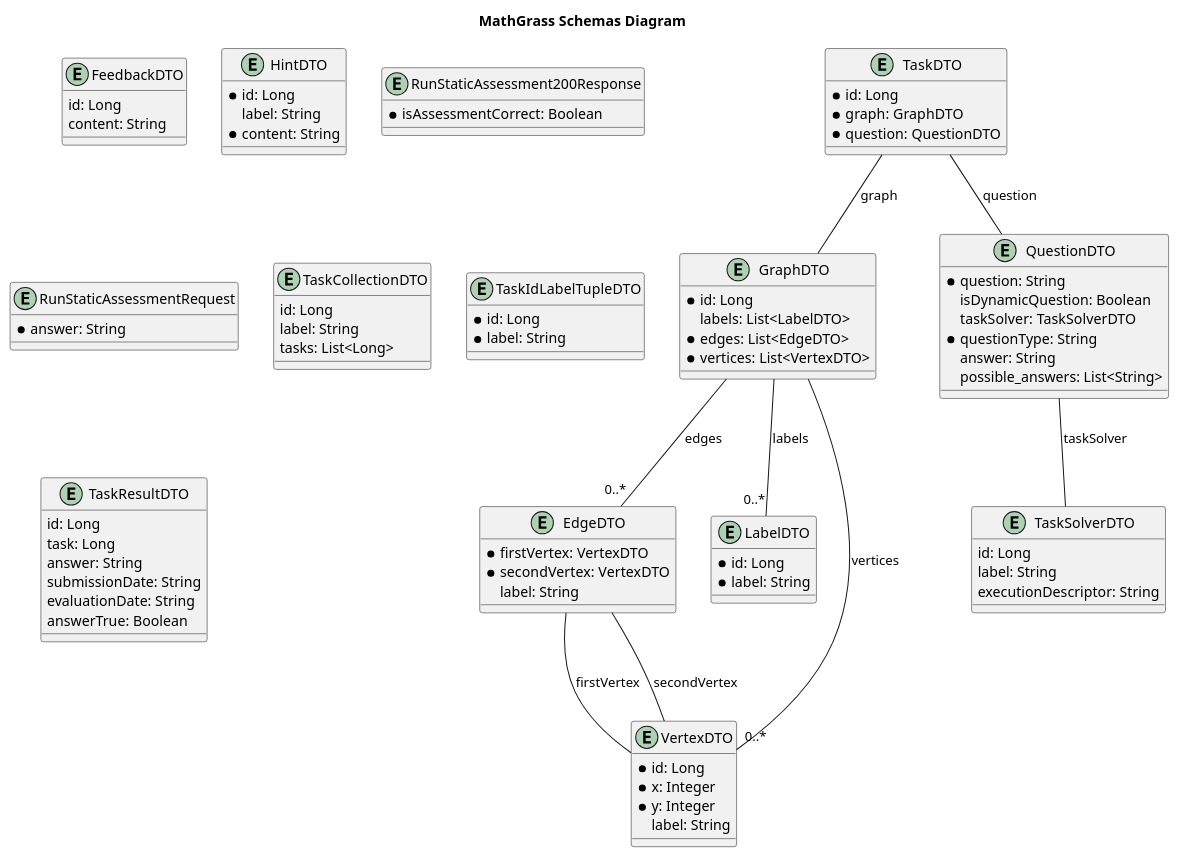
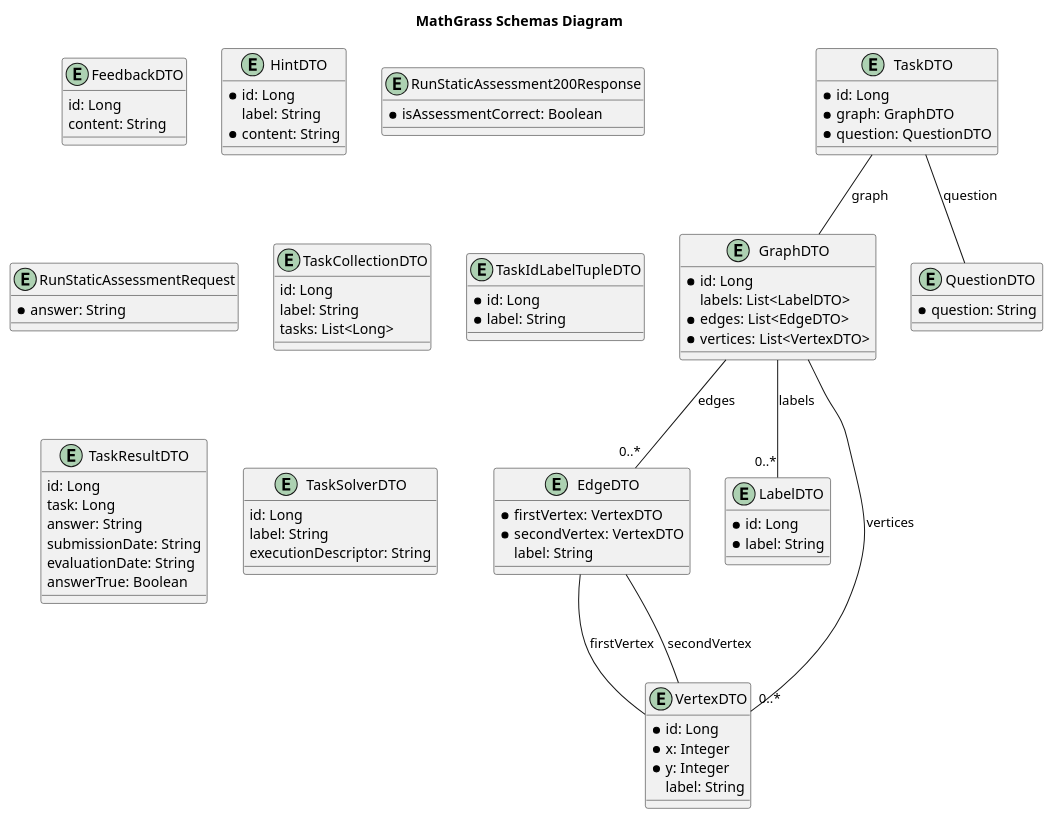
Before and after one commit to MathGrass/mathgrass-api: the diagram in openapi-spec/schemas.plantuml, drawn with PlantUML. The commit also changed 5 other files, not shown here.

```diff
--- a/openapi-spec/schemas.plantuml
+++ b/openapi-spec/schemas.plantuml
@@ -1,100 +1,94 @@
 @startuml
 
 title MathGrass Schemas Diagram
 
 entity EdgeDTO {
     * firstVertex: VertexDTO
     * secondVertex: VertexDTO
     label: String
 }
 
 entity FeedbackDTO {
     id: Long
     content: String
 }
 
 entity GraphDTO {
     * id: Long
     labels: List<LabelDTO>
     * edges: List<EdgeDTO>
     * vertices: List<VertexDTO>
 }
 
 entity HintDTO {
     * id: Long
     label: String
     * content: String
 }
 
 entity LabelDTO {
     * id: Long
     * label: String
 }
 
 entity QuestionDTO {
     * question: String
-    isDynamicQuestion: Boolean
-    taskSolver: TaskSolverDTO
-    * questionType: String
-    answer: String
-    possible_answers: List<String>
 }
 
 entity RunStaticAssessment200Response {
     * isAssessmentCorrect: Boolean
 }
 
 entity RunStaticAssessmentRequest {
     * answer: String
 }
 
 entity TaskCollectionDTO {
     id: Long
     label: String
     tasks: List<Long>
 }
 
 entity TaskDTO {
     * id: Long
     * graph: GraphDTO
     * question: QuestionDTO
 }
 
 entity TaskIdLabelTupleDTO {
     * id: Long
     * label: String
 }
 
 entity TaskResultDTO {
     id: Long
     task: Long
     answer: String
     submissionDate: String
     evaluationDate: String
     answerTrue: Boolean
 }
 
 entity TaskSolverDTO {
     id: Long
     label: String
     executionDescriptor: String
 }
 
 entity VertexDTO {
     * id: Long
     * x: Integer
     * y: Integer
     label: String
 }
 
 
 GraphDTO -- "0..*" LabelDTO : labels
 GraphDTO -- "0..*" EdgeDTO : edges
 GraphDTO -- "0..*" VertexDTO : vertices
 TaskDTO -- GraphDTO : graph
 TaskDTO -- QuestionDTO : question
 EdgeDTO -- VertexDTO : firstVertex
 EdgeDTO -- VertexDTO : secondVertex
-QuestionDTO -- TaskSolverDTO : taskSolver
 
 @enduml
```
